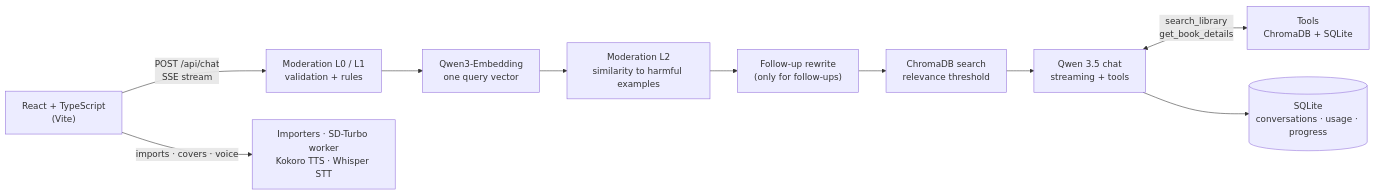
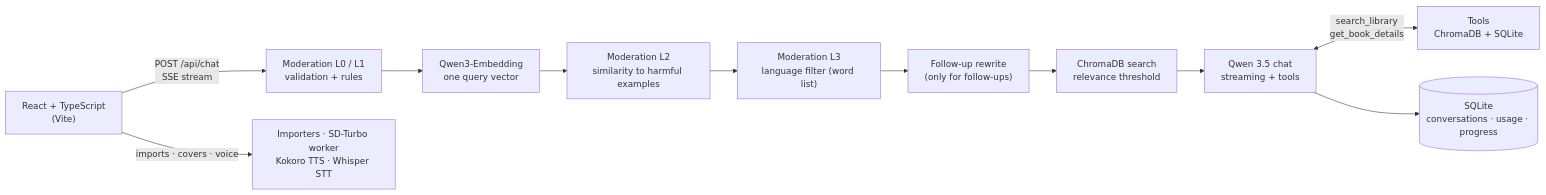
Before and after one commit to CataBulu/smart-book-ai: the diagram in README.md, drawn with Mermaid. The commit also changed other lines of this file and 8 other files, not shown here.

Commit message:
Add an LDNOOBW language filter to chat moderation (L3, runs after the safety layers)

````diff
--- a/README.md
+++ b/README.md
@@ -96,12 +98,13 @@
 ```mermaid
 flowchart LR
     UI["React + TypeScript<br/>(Vite)"] -- "POST /api/chat<br/>SSE stream" --> L01["Moderation L0 / L1<br/>validation + rules"]
     L01 --> EMB["Qwen3-Embedding<br/>one query vector"]
     EMB --> L2["Moderation L2<br/>similarity to harmful examples"]
-    L2 --> RW["Follow-up rewrite<br/>(only for follow-ups)"]
+    L2 --> L3["Moderation L3<br/>language filter (word list)"]
+    L3 --> RW["Follow-up rewrite<br/>(only for follow-ups)"]
     RW --> RET["ChromaDB search<br/>relevance threshold"]
     RET --> LLM["Qwen 3.5 chat<br/>streaming + tools"]
     LLM <-->|"search_library<br/>get_book_details"| TOOLS["Tools<br/>ChromaDB + SQLite"]
     LLM --> DB[("SQLite<br/>conversations · usage · progress")]
     UI -- "imports · covers · voice" --> MEDIA["Importers · SD-Turbo worker<br/>Kokoro TTS · Whisper STT"]
 ```
````
